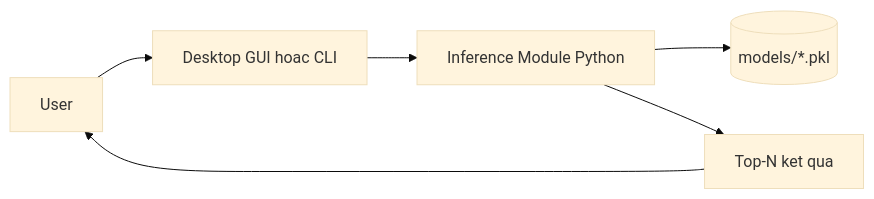
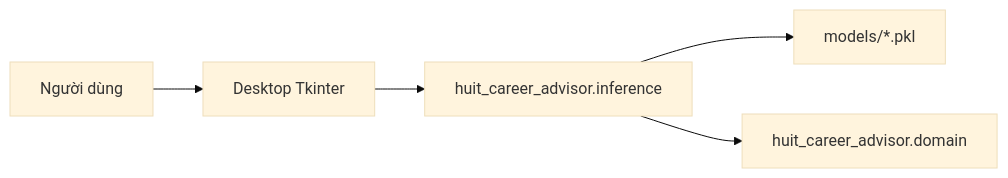
The diagram in docs/MO_HINH_HE_THONG_VA_LUONG_HOAT_DONG.md (Tdoan031024/Suggested-Majors), drawn with Mermaid (base theme) before and after one commit. The commit also changed other lines of this file and 81 other files, not shown here.

````diff
--- a/docs/MO_HINH_HE_THONG_VA_LUONG_HOAT_DONG.md
+++ b/docs/MO_HINH_HE_THONG_VA_LUONG_HOAT_DONG.md
@@ -294,8 +7,7 @@
 ```mermaid
 flowchart LR
-    U[User] --> G[Desktop GUI hoac CLI]
-    G --> I[Inference Module Python]
-    I --> M[(models/*.pkl)]
-    I --> O[Top-N ket qua]
-    O --> U
+    U[Người dùng] --> D[Desktop Tkinter]
+    D --> I[huit_career_advisor.inference]
+    I --> M[models/*.pkl]
+    I --> C[huit_career_advisor.domain]
 ```
````
